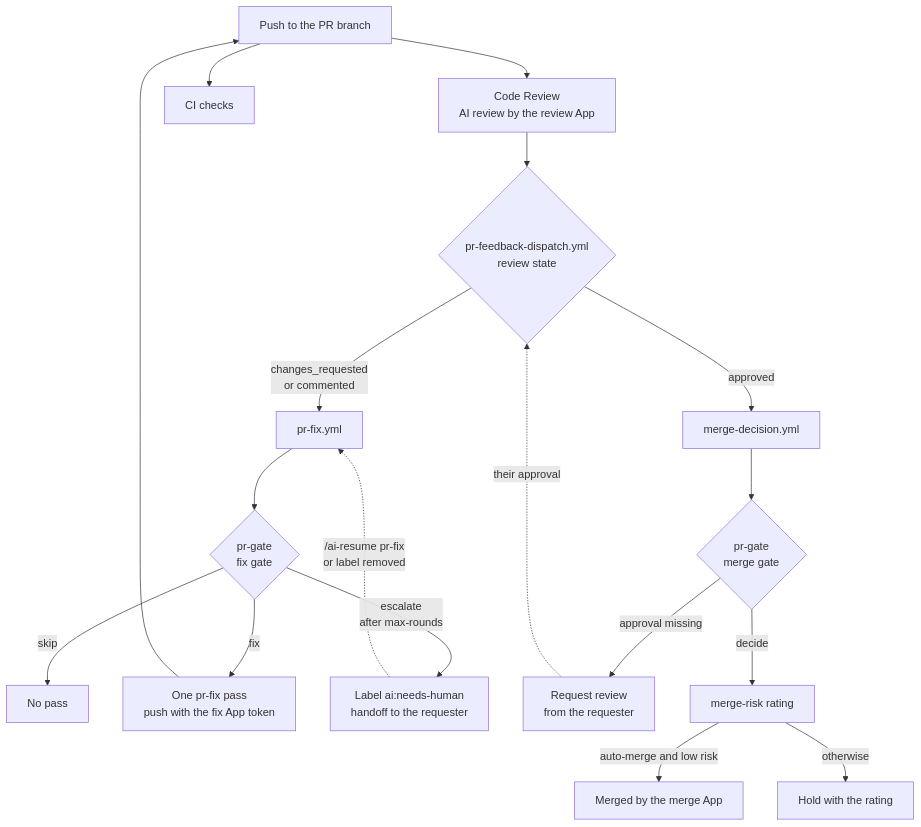
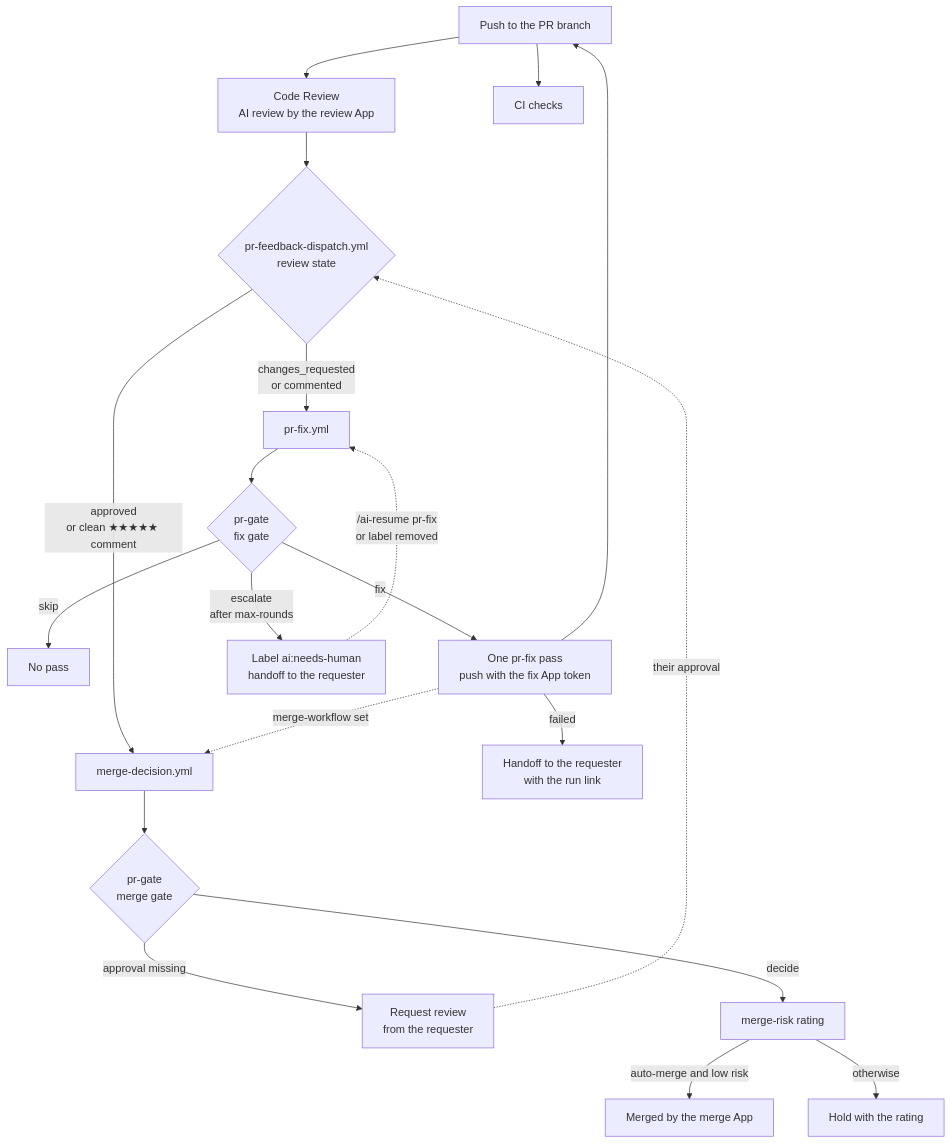
One commit to fbrissi/github-actions changed the second of 9 diagrams in README.md. Above: the diagram before and after it, drawn with Mermaid. The commit also changed other lines of this file and 14 other files, not shown here.

````diff
--- a/README.md
+++ b/README.md
@@ -212,20 +214,22 @@
 ```mermaid
 flowchart TD
   push["Push to the PR branch"] --> cr["Code Review<br/>AI review by the review App"]
   push --> ci["CI checks"]
   cr --> disp{"pr-feedback-dispatch.yml<br/>review state"}
   disp -- "changes_requested<br/>or commented" --> fix["pr-fix.yml"]
-  disp -- "approved" --> merge["merge-decision.yml"]
+  disp -- "approved<br/>or clean ★★★★★ comment" --> merge["merge-decision.yml"]
   fix --> fgate{"pr-gate<br/>fix gate"}
   fgate -- "skip" --> idle["No pass"]
   fgate -- "fix" --> pass["One pr-fix pass<br/>push with the fix App token"]
   pass --> push
+  pass -. "merge-workflow set" .-> merge
+  pass -- "failed" --> failed["Handoff to the requester<br/>with the run link"]
   fgate -- "escalate<br/>after max-rounds" --> esc["Label ai:needs-human<br/>handoff to the requester"]
   esc -. "/ai-resume pr-fix<br/>or label removed" .-> fix
   merge --> mgate{"pr-gate<br/>merge gate"}
   mgate -- "approval missing" --> ask["Request review<br/>from the requester"]
   ask -. "their approval" .-> disp
   mgate -- "decide" --> risk["merge-risk rating"]
   risk -- "auto-merge and low risk" --> merged["Merged by the merge App"]
   risk -- "otherwise" --> hold["Hold with the rating"]
 ```
````
